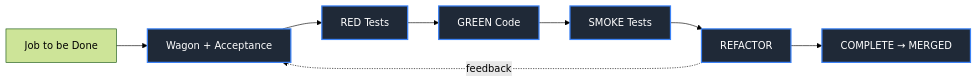
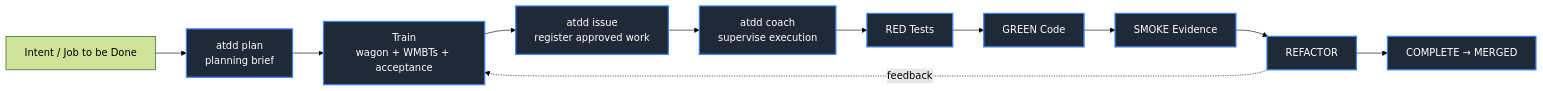
The first of 4 diagrams in README.md (afokapu/atdd), drawn with Mermaid (forest theme) before and after one commit. The commit also changed other lines of this file, not shown here.

First line of the commit message:
docs(readme): redefine ATDD as Agentic Train Driven Development

````diff
--- a/README.md
+++ b/README.md
@@ -7,12 +9,15 @@
 ```mermaid
 flowchart LR
-    A[Job to be Done] --> B[Wagon + Acceptance]
-    B --> C[RED Tests]
-    C --> D[GREEN Code]
-    D --> F[SMOKE Tests]
-    F --> E[REFACTOR]
-    E --> COMPLETE[COMPLETE → MERGED]
-    E -.->|feedback| B
+    A[Intent / Job to be Done] --> P[atdd plan<br/>planning brief]
+    P --> T[Train<br/>wagon + WMBTs + acceptance]
+    T --> I[atdd issue<br/>register approved work]
+    I --> C[atdd coach<br/>supervise execution]
+    C --> R[RED Tests]
+    R --> G[GREEN Code]
+    G --> S[SMOKE Evidence]
+    S --> F[REFACTOR]
+    F --> M[COMPLETE → MERGED]
+    F -.->|feedback| T
     classDef phase fill:#1f2937,color:#fff,stroke:#3b82f6,stroke-width:2px
-    class B,C,D,F,E,COMPLETE phase
+    class P,T,I,C,R,G,S,F,M phase
 ```
````
